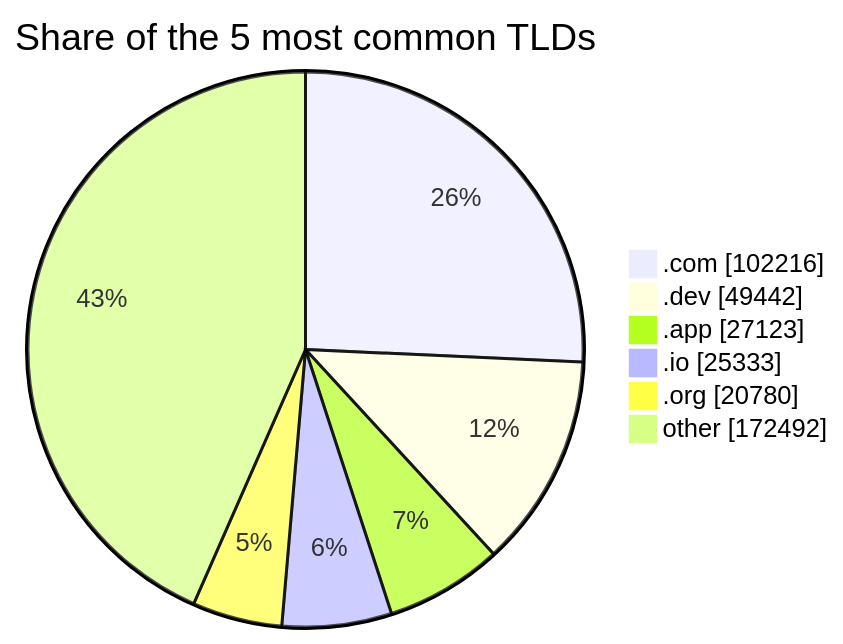
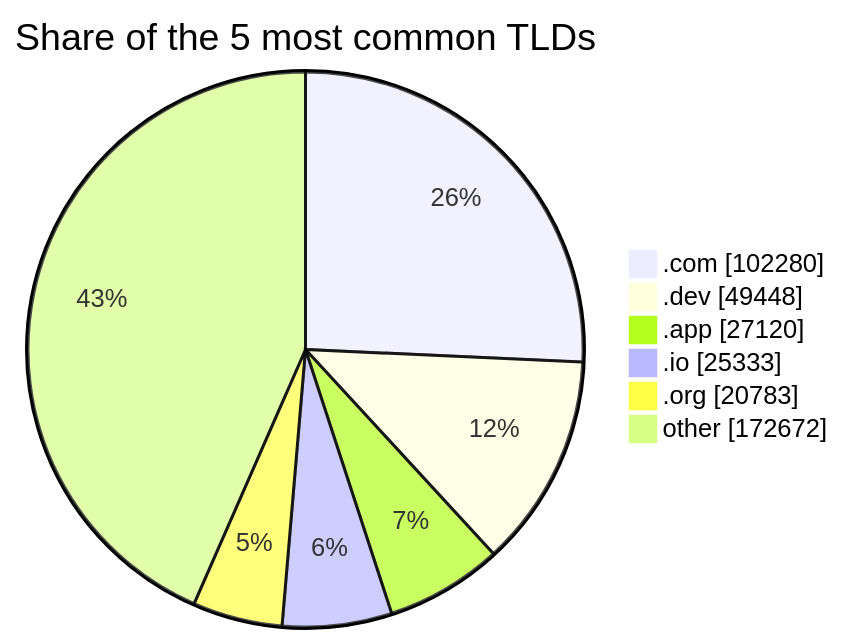
One commit to DNSBunker/CTI changed the third of 3 diagrams in README.md. Above: the diagram before and after it, drawn with Mermaid. The commit also changed other lines of this file and 3 other files, not shown here.

````diff
--- a/README.md
+++ b/README.md
@@ -81,9 +81,9 @@
 ```mermaid
 pie showData title Share of the 5 most common TLDs
-    ".com" : 102216
-    ".dev" : 49442
-    ".app" : 27123
+    ".com" : 102280
+    ".dev" : 49448
+    ".app" : 27120
     ".io" : 25333
-    ".org" : 20780
-    "other" : 172492
+    ".org" : 20783
+    "other" : 172672
 ```
````
